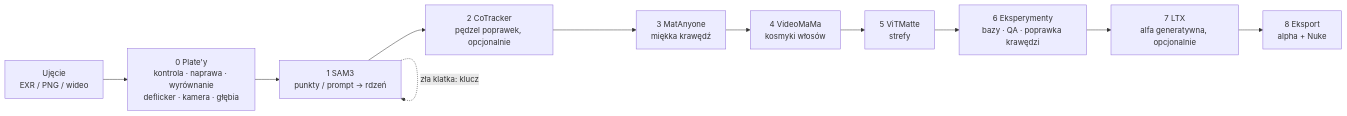
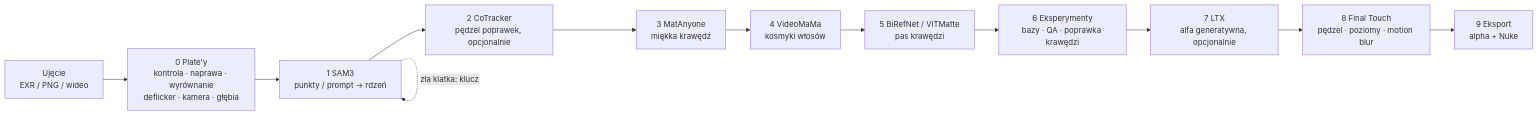
Before and after one commit to fishfinger44/MatteDesk: the diagram in README.pl.md, drawn with Mermaid. The commit also changed other lines of this file and 34 other files, not shown here.

````diff
--- a/README.pl.md
+++ b/README.pl.md
@@ -59,13 +61,14 @@
 ```mermaid
 flowchart LR
     A[Ujęcie<br/>EXR / PNG / wideo] --> P[0 Plate'y<br/>kontrola · naprawa · wyrównanie<br/>deflicker · kamera · głębia]
     P --> S[1 SAM3<br/>punkty / prompt → rdzeń]
     S --> B[2 CoTracker<br/>pędzel poprawek, opcjonalnie]
     B --> M[3 MatAnyone<br/>miękka krawędź]
     M --> V[4 VideoMaMa<br/>kosmyki włosów]
-    V --> T[5 ViTMatte<br/>strefy]
+    V --> T[5 BiRefNet / ViTMatte<br/>pas krawędzi]
     T --> X[6 Eksperymenty<br/>bazy · QA · poprawka krawędzi]
     X --> L[7 LTX<br/>alfa generatywna, opcjonalnie]
-    L --> E[8 Eksport<br/>alpha + Nuke]
+    L --> F[8 Final Touch<br/>pędzel · poziomy · motion blur]
+    F --> E[9 Eksport<br/>alpha + Nuke]
     S -.->|zła klatka: klucz| S
 ```
````
